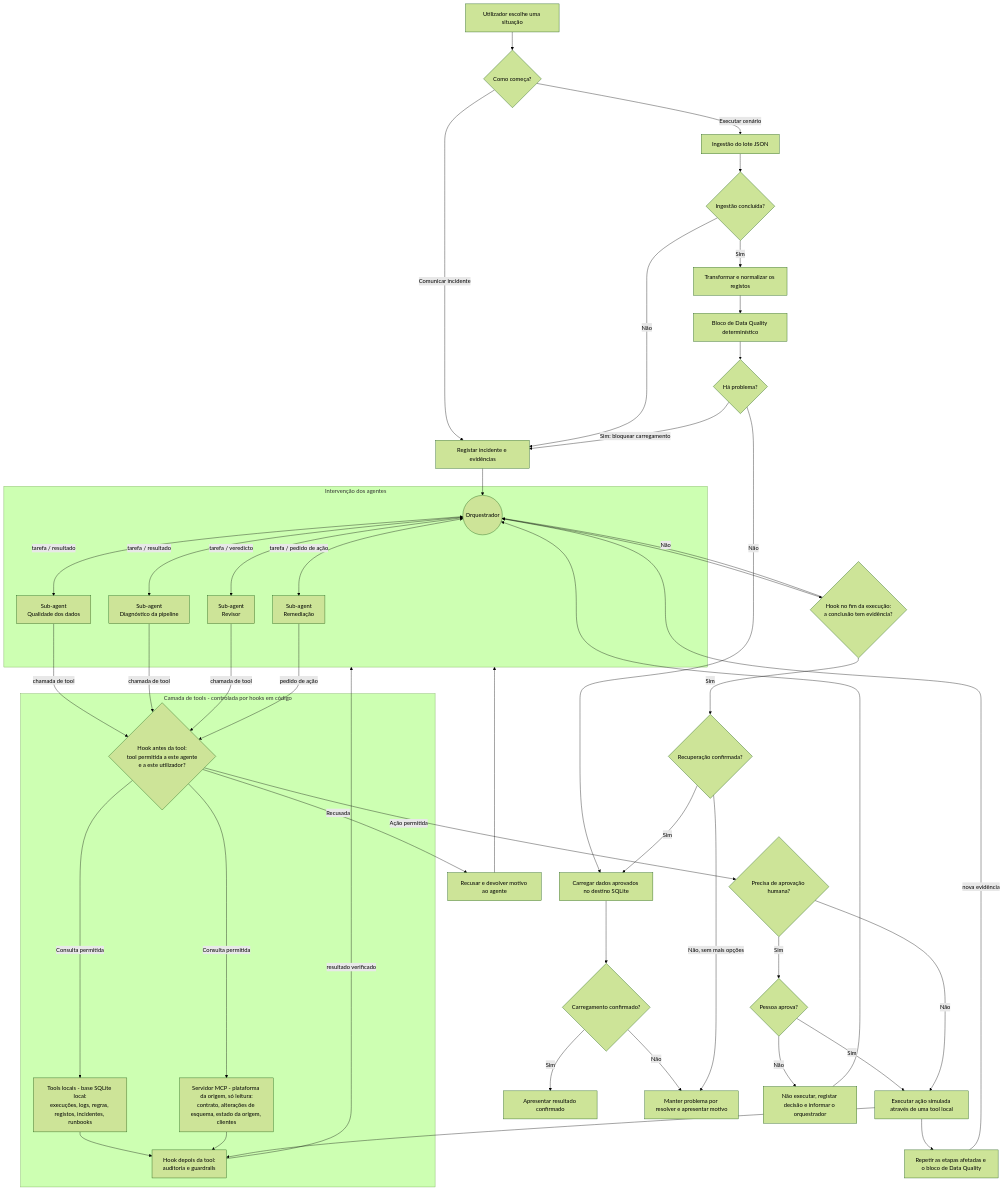
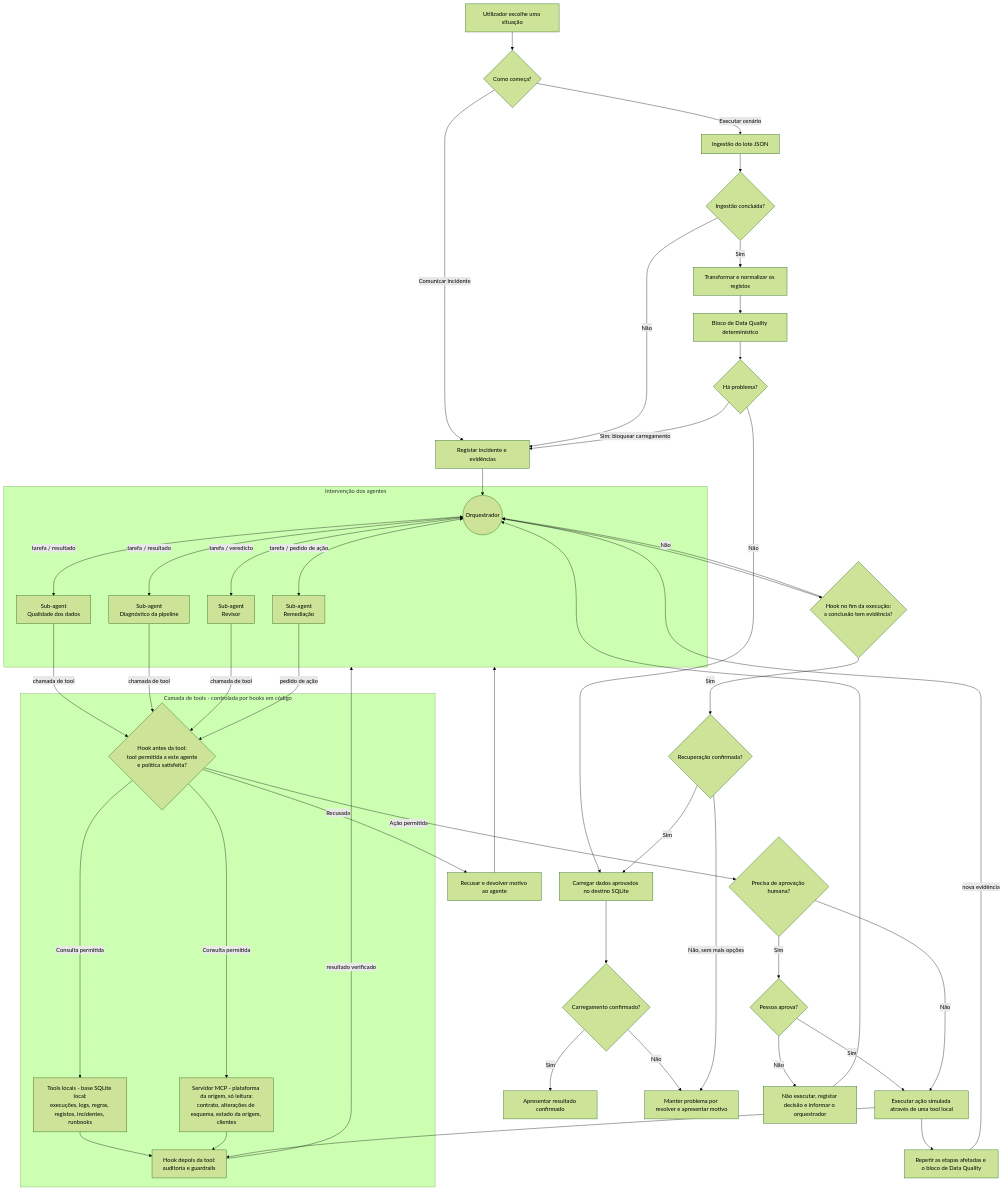
One commit to Mata704/gen-ai-course changed the first of 3 diagrams in projects/agentic-data-quality/como-funciona.md. Above: the diagram before and after it, drawn with Mermaid (forest theme). The commit also changed other lines of this file and 28 other files, not shown here.

````diff
--- a/projects/agentic-data-quality/como-funciona.md
+++ b/projects/agentic-data-quality/como-funciona.md
@@ -28,59 +28,59 @@
 ```mermaid
 flowchart TD
     A[Utilizador escolhe uma situação] --> B{Como começa?}
     B -- Executar cenário --> T[Ingestão do lote JSON]
     B -- Comunicar incidente --> F[Registar incidente e evidências]
     T --> U{Ingestão concluída?}
     U -- Não --> F
     U -- Sim --> W[Transformar e normalizar os registos]
     W --> C[Bloco de Data Quality determinístico]
     C --> D{Há problema?}
     D -- Não --> LOAD[Carregar dados aprovados no destino SQLite]
     LOAD --> V{Carregamento confirmado?}
     V -- Sim --> E[Apresentar resultado confirmado]
     V -- Não --> S[Manter problema por resolver e apresentar motivo]
     D -- Sim: bloquear carregamento --> F
     F --> G
 
     subgraph AG[Intervenção dos agentes]
         G((Orquestrador))
         G <-->|tarefa / resultado| QA[Sub-agent<br/>Qualidade dos dados]
         G <-->|tarefa / resultado| PD[Sub-agent<br/>Diagnóstico da pipeline]
         G <-->|tarefa / pedido de ação| RM[Sub-agent<br/>Remediação]
         G <-->|tarefa / veredicto| RV[Sub-agent<br/>Revisor]
     end
 
     subgraph TL[Camada de tools - controlada por hooks em código]
-        HB{Hook antes da tool:<br/>tool permitida a este agente<br/>e a este utilizador?}
+        HB{Hook antes da tool:<br/>tool permitida a este agente<br/>e política satisfeita?}
         TP[Tools locais - base SQLite local:<br/>execuções, logs, regras, registos, incidentes, runbooks]
         MCP[Servidor MCP - plataforma da origem, só leitura:<br/>contrato, alterações de esquema, estado da origem, clientes]
         HA[Hook depois da tool:<br/>auditoria e guardrails]
     end
 
     QA -->|chamada de tool| HB
     PD -->|chamada de tool| HB
     RV -->|chamada de tool| HB
     RM -->|pedido de ação| HB
     HB -- Consulta permitida --> TP
     HB -- Consulta permitida --> MCP
     TP --> HA
     MCP --> HA
     HA -->|resultado verificado| AG
     HB -- Recusada --> K[Recusar e devolver motivo ao agente]
     K --> AG
 
     HB -- Ação permitida --> L{Precisa de aprovação humana?}
     L -- Sim --> M{Pessoa aprova?}
     M -- Não --> N[Não executar, registar decisão e informar o orquestrador]
     N --> G
     M -- Sim --> O[Executar ação simulada através de uma tool local]
     L -- Não --> O
     O --> HA
     O --> P[Repetir as etapas afetadas e o bloco de Data Quality]
     P -->|nova evidência| G
     G --> HF{Hook no fim da execução:<br/>a conclusão tem evidência?}
     HF -- Não --> G
     HF -- Sim --> Q{Recuperação confirmada?}
     Q -- Sim --> LOAD
     Q -- Não, sem mais opções --> S
 ```
````
